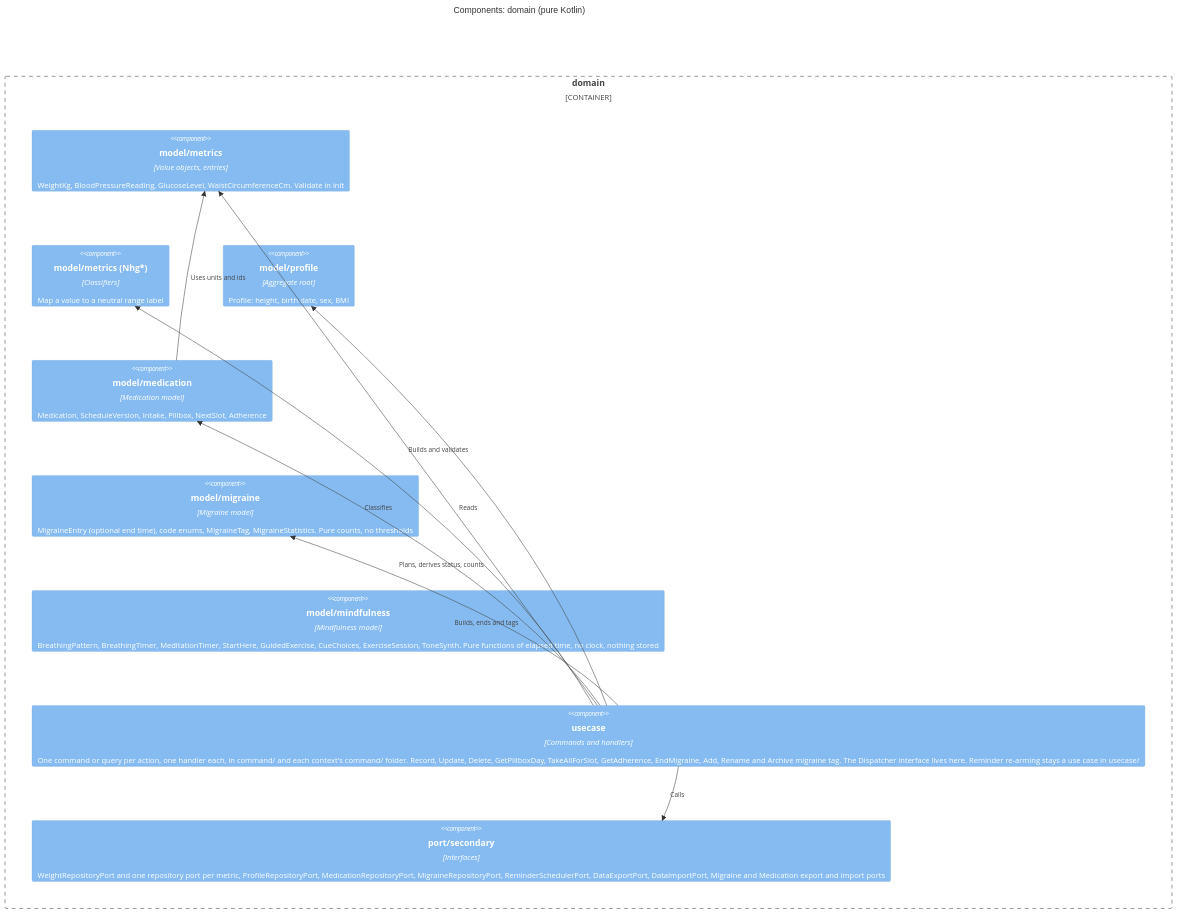
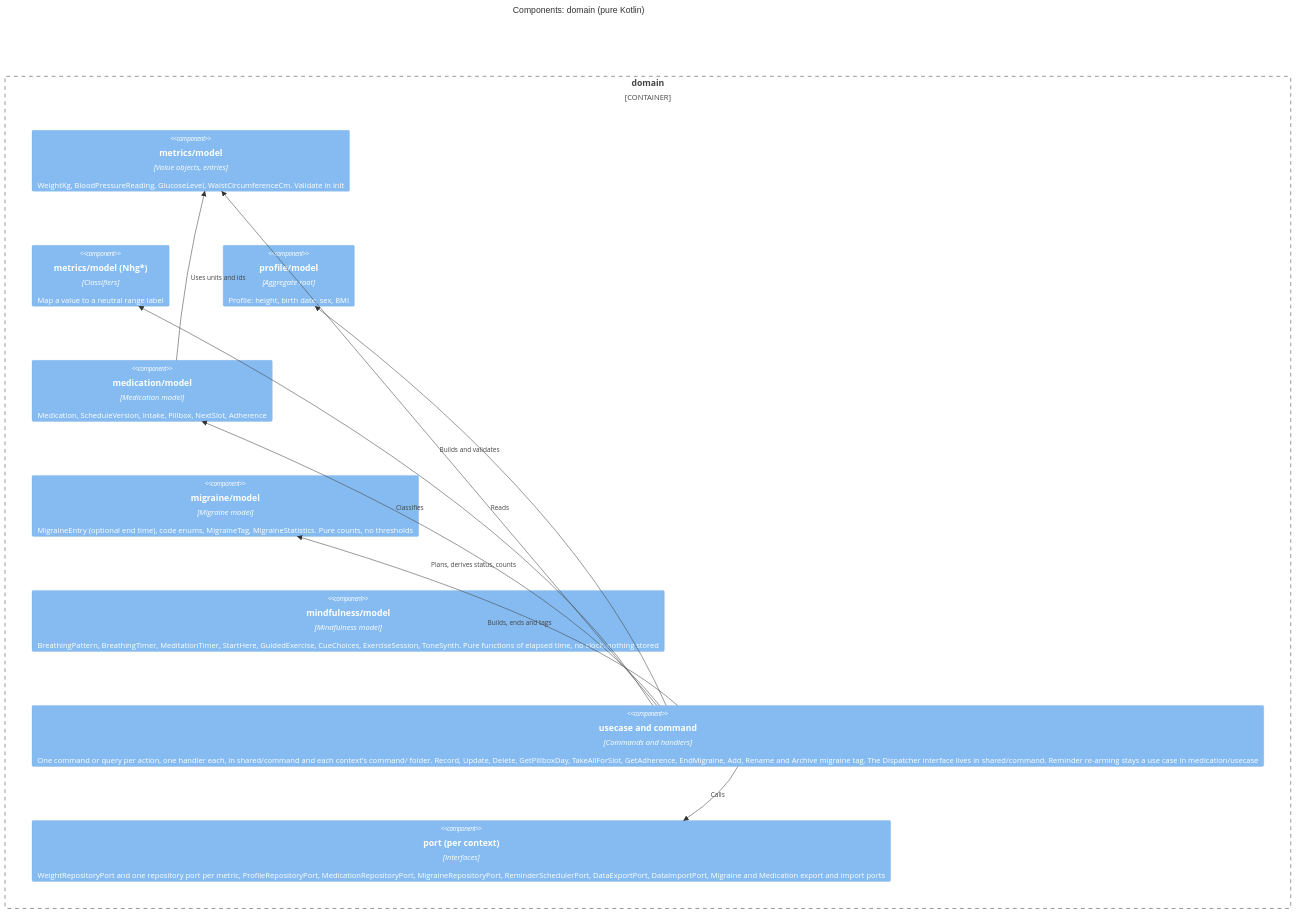
The third of 13 diagrams in docs/dev/c4.md (mannetje/health_journal), drawn with Mermaid before and after one commit. The commit also changed 396 other files, not shown here.

First line of the commit message:
refactor: move :domain into context packages (shared, profile, metrics, medication, migraine, mindfulness, lock, backup)

````diff
--- a/docs/dev/c4.md
+++ b/docs/dev/c4.md
@@ -73,23 +73,23 @@
 ```mermaid
 C4Component
     title Components: domain (pure Kotlin)
 
     Container_Boundary(domain, "domain") {
-        Component(metrics, "model/metrics", "Value objects, entries", "WeightKg, BloodPressureReading, GlucoseLevel, WaistCircumferenceCm. Validate in init")
-        Component(nhg, "model/metrics (Nhg*)", "Classifiers", "Map a value to a neutral range label")
-        Component(profile, "model/profile", "Aggregate root", "Profile: height, birth date, sex, BMI")
-        Component(med, "model/medication", "Medication model", "Medication, ScheduleVersion, Intake, Pillbox, NextSlot, Adherence")
-        Component(mig, "model/migraine", "Migraine model", "MigraineEntry (optional end time), code enums, MigraineTag, MigraineStatistics. Pure counts, no thresholds")
-        Component(mind, "model/mindfulness", "Mindfulness model", "BreathingPattern, BreathingTimer, MeditationTimer, StartHere, GuidedExercise, CueChoices, ExerciseSession, ToneSynth. Pure functions of elapsed time, no clock, nothing stored")
-        Component(uc, "usecase", "Commands and handlers", "One command or query per action, one handler each, in command/ and each context's command/ folder. Record, Update, Delete, GetPillboxDay, TakeAllForSlot, GetAdherence, EndMigraine, Add, Rename and Archive migraine tag. The Dispatcher interface lives here. Reminder re-arming stays a use case in usecase/")
-        Component(ports, "port/secondary", "Interfaces", "WeightRepositoryPort and one repository port per metric, ProfileRepositoryPort, MedicationRepositoryPort, MigraineRepositoryPort, ReminderSchedulerPort, DataExportPort, DataImportPort, Migraine and Medication export and import ports")
+        Component(metrics, "metrics/model", "Value objects, entries", "WeightKg, BloodPressureReading, GlucoseLevel, WaistCircumferenceCm. Validate in init")
+        Component(nhg, "metrics/model (Nhg*)", "Classifiers", "Map a value to a neutral range label")
+        Component(profile, "profile/model", "Aggregate root", "Profile: height, birth date, sex, BMI")
+        Component(med, "medication/model", "Medication model", "Medication, ScheduleVersion, Intake, Pillbox, NextSlot, Adherence")
+        Component(mig, "migraine/model", "Migraine model", "MigraineEntry (optional end time), code enums, MigraineTag, MigraineStatistics. Pure counts, no thresholds")
+        Component(mind, "mindfulness/model", "Mindfulness model", "BreathingPattern, BreathingTimer, MeditationTimer, StartHere, GuidedExercise, CueChoices, ExerciseSession, ToneSynth. Pure functions of elapsed time, no clock, nothing stored")
+        Component(uc, "usecase and command", "Commands and handlers", "One command or query per action, one handler each, in shared/command and each context's command/ folder. Record, Update, Delete, GetPillboxDay, TakeAllForSlot, GetAdherence, EndMigraine, Add, Rename and Archive migraine tag. The Dispatcher interface lives in shared/command. Reminder re-arming stays a use case in medication/usecase")
+        Component(ports, "port (per context)", "Interfaces", "WeightRepositoryPort and one repository port per metric, ProfileRepositoryPort, MedicationRepositoryPort, MigraineRepositoryPort, ReminderSchedulerPort, DataExportPort, DataImportPort, Migraine and Medication export and import ports")
     }
 
     Rel(uc, metrics, "Builds and validates")
     Rel(uc, nhg, "Classifies")
     Rel(uc, profile, "Reads")
     Rel(uc, med, "Plans, derives status, counts")
     Rel(uc, mig, "Builds, ends and tags")
     Rel(uc, ports, "Calls")
     Rel(med, metrics, "Uses units and ids")
 ```
````
